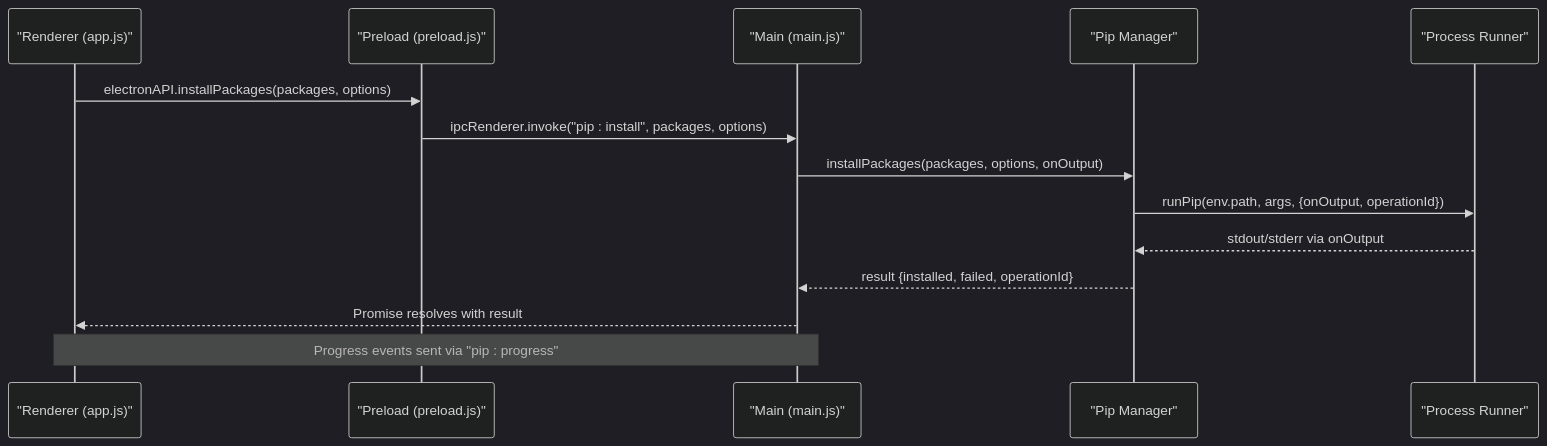
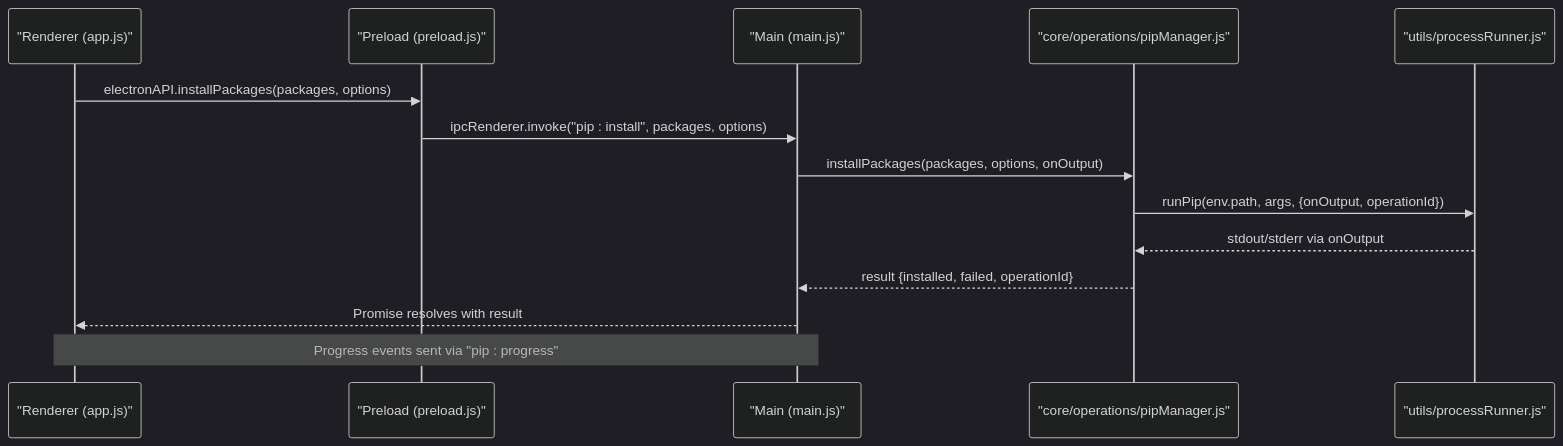
Before and after one commit to SoftheartedYYC/PyLibMaster: the second of 3 diagrams in docs/en/content/API Reference/API Reference.md, drawn with Mermaid (dark theme). The commit also changed other lines of this file and 72 other files, not shown here.

````diff
--- a/docs/en/content/API Reference/API Reference.md
+++ b/docs/en/content/API Reference/API Reference.md
@@ -139,16 +174,16 @@
 ```mermaid
 sequenceDiagram
 participant UI as "Renderer (app.js)"
 participant Bridge as "Preload (preload.js)"
 participant Main as "Main (main.js)"
-participant Pip as "Pip Manager"
-participant Proc as "Process Runner"
+participant Pip as "core/operations/pipManager.js"
+participant Proc as "utils/processRunner.js"
 UI->>Bridge : electronAPI.installPackages(packages, options)
 Bridge->>Main : ipcRenderer.invoke("pip : install", packages, options)
 Main->>Pip : installPackages(packages, options, onOutput)
 Pip->>Proc : runPip(env.path, args, {onOutput, operationId})
 Proc-->>Pip : stdout/stderr via onOutput
 Pip-->>Main : result {installed, failed, operationId}
 Main-->>UI : Promise resolves with result
 Note over Main,UI : Progress events sent via "pip : progress"
 ```
````
